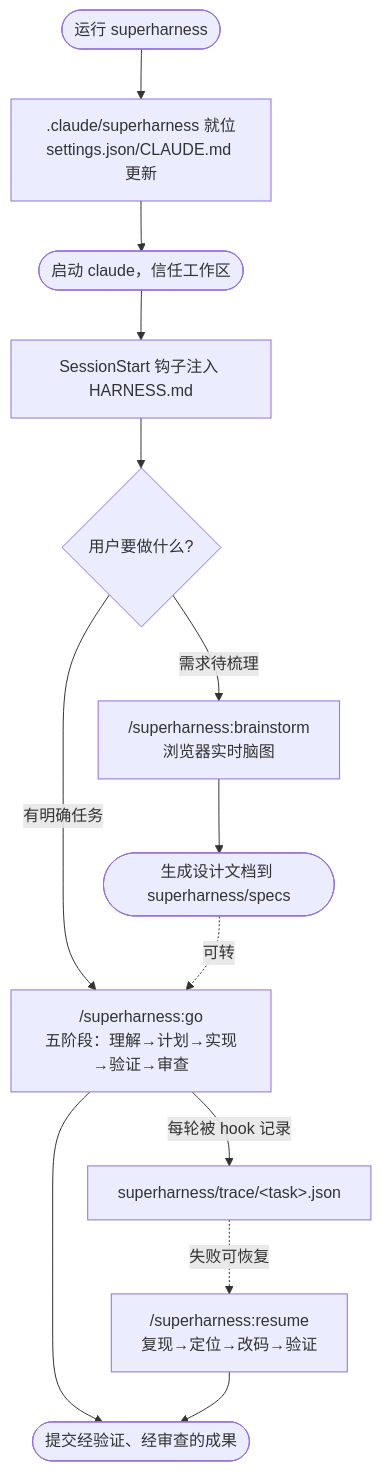
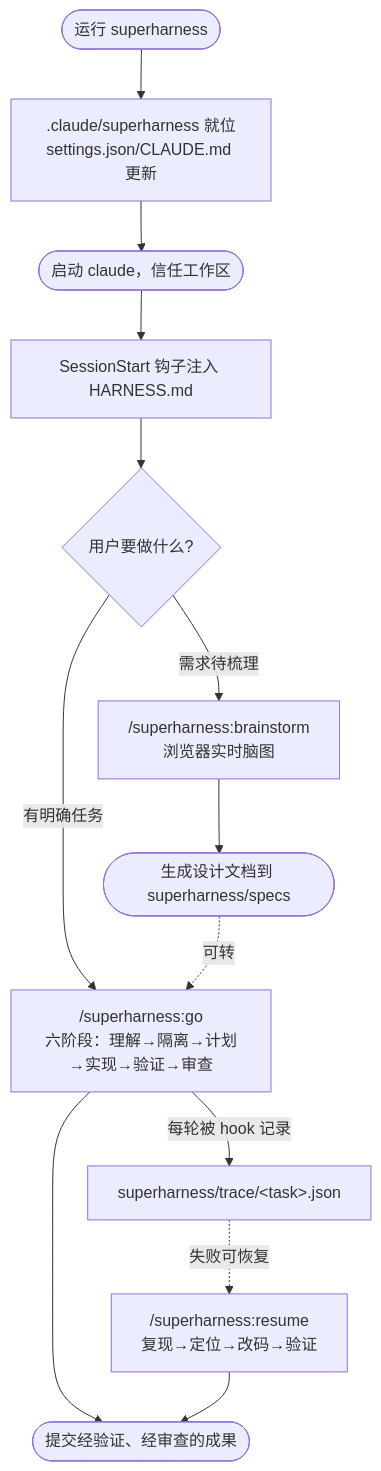
Before and after one commit to YachuanWzh/harness: diagram 11 of 11 in 技术方案文档.md, drawn with Mermaid. The commit also changed other lines of this file, not shown here.

First line of the commit message:
docs: 技术方案 says 六阶段 and includes 隔离 in phase summaries

````diff
--- a/技术方案文档.md
+++ b/技术方案文档.md
@@ -413,15 +413,15 @@
 ```mermaid
 flowchart TD
     A([运行 superharness]) --> B[".claude/superharness 就位<br/>settings.json/CLAUDE.md 更新"]
     B --> C([启动 claude，信任工作区])
     C --> D["SessionStart 钩子注入 HARNESS.md"]
     D --> E{用户要做什么?}
-    E -->|有明确任务| F["/superharness:go<br/>五阶段：理解→计划→实现→验证→审查"]
+    E -->|有明确任务| F["/superharness:go<br/>六阶段：理解→隔离→计划→实现→验证→审查"]
     E -->|需求待梳理| G["/superharness:brainstorm<br/>浏览器实时脑图"]
     F -->|每轮被 hook 记录| T["superharness/trace/&lt;task&gt;.json"]
     F --> H([提交经验证、经审查的成果])
     T -.失败可恢复.-> RS["/superharness:resume<br/>复现→定位→改码→验证"]
     RS --> H
     G --> I([生成设计文档到 superharness/specs])
     I -.可转.-> F
 ```
````
